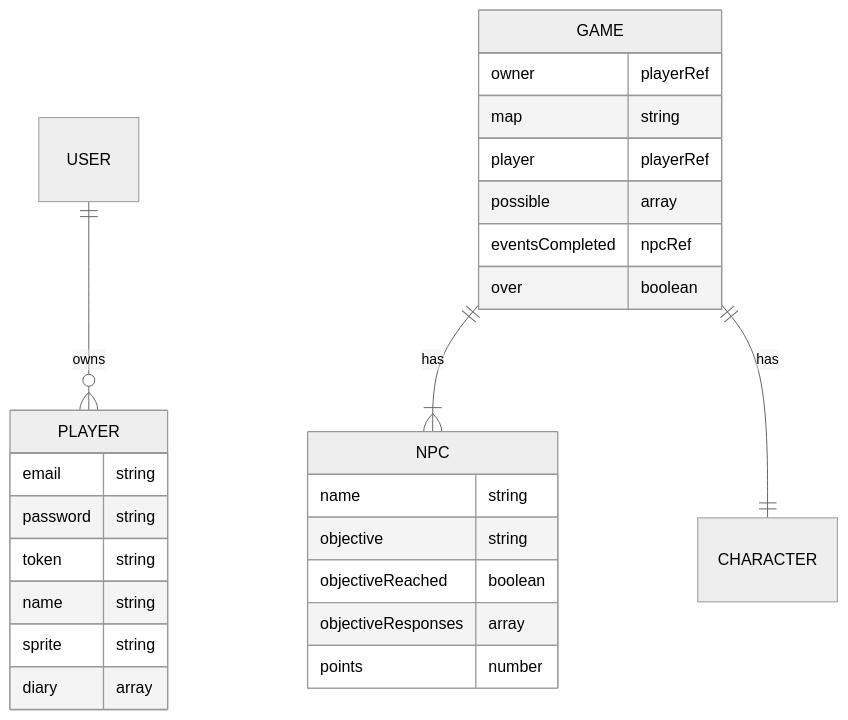
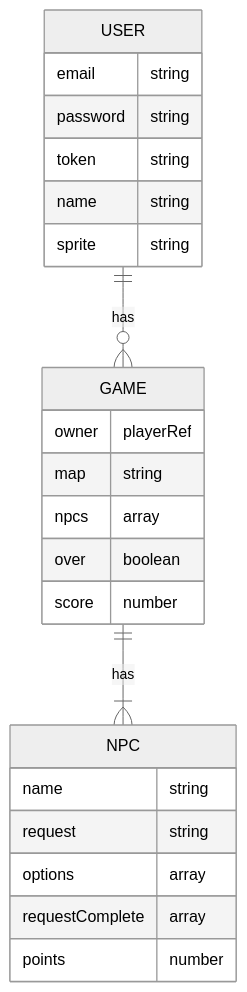
The first of 2 diagrams in README.md (amaliaroye/seides-client), drawn with Mermaid (neutral theme) before and after one commit. The commit also changed other lines of this file and 47 other files, not shown here.

````diff
--- a/README.md
+++ b/README.md
@@ -32,31 +34,28 @@
 ```mermaid
 erDiagram
 
-USER ||--o{ PLAYER : owns
+USER ||--o{ GAME : has
 GAME ||--|{ NPC : has
-GAME ||--|| CHARACTER : has
   
-PLAYER {
+USER {
   email string
   password string
   token string
   name string
   sprite string
-  diary array
 }
 GAME {
   owner playerRef
   map string
-  player playerRef
-  possible array
-  eventsCompleted npcRef
+  npcs array
   over boolean
+  score number
 }
 NPC {
   name string
-  objective string
-  objectiveReached boolean
-  objectiveResponses array
+  request string
+  options array
+  requestComplete array
   points number
 }
 ```
````
